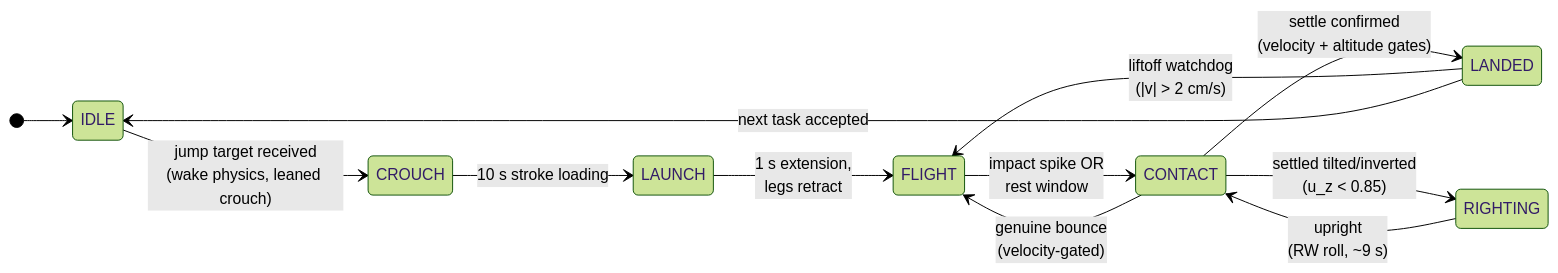
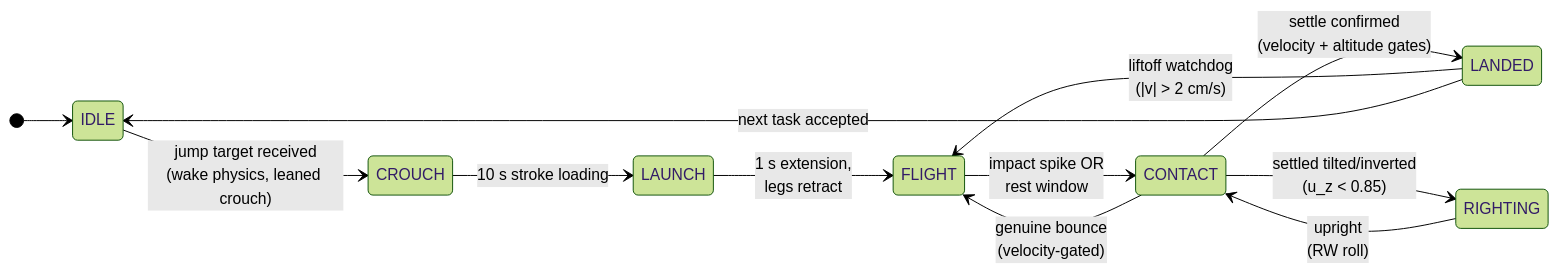
The second of 4 diagrams in docs/Research_Paper.md (Phroggo/ryugu), drawn with Mermaid (forest theme) before and after one commit. The commit also changed other lines of this file, not shown here.

First line of the commit message:
Rewrite the paper's self-righting sections for the redesigned maneuver

````diff
--- a/docs/Research_Paper.md
+++ b/docs/Research_Paper.md
@@ -182,15 +188,15 @@
 ```mermaid
 stateDiagram-v2
     direction LR
     [*] --> IDLE
     IDLE --> CROUCH : jump target received<br/>(wake physics, leaned crouch)
     CROUCH --> LAUNCH : 10 s stroke loading
     LAUNCH --> FLIGHT : 1 s extension,<br/>legs retract
     FLIGHT --> CONTACT : impact spike OR<br/>rest window
     CONTACT --> LANDED : settle confirmed<br/>(velocity + altitude gates)
     CONTACT --> FLIGHT : genuine bounce<br/>(velocity-gated)
     CONTACT --> RIGHTING : settled tilted/inverted<br/>(u_z < 0.85)
-    RIGHTING --> CONTACT : upright<br/>(RW roll, ~9 s)
+    RIGHTING --> CONTACT : upright<br/>(RW roll)
     LANDED --> FLIGHT : liftoff watchdog<br/>(|v| > 2 cm/s)
     LANDED --> IDLE : next task accepted
 ```
````
